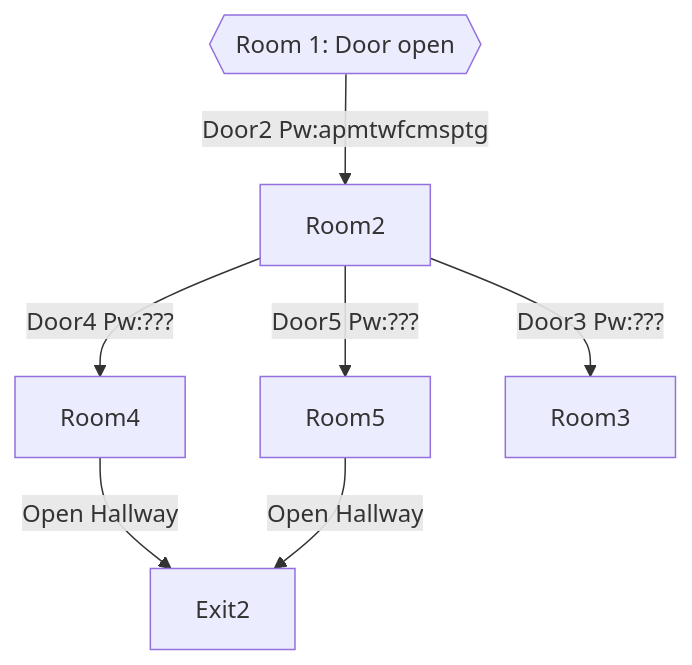
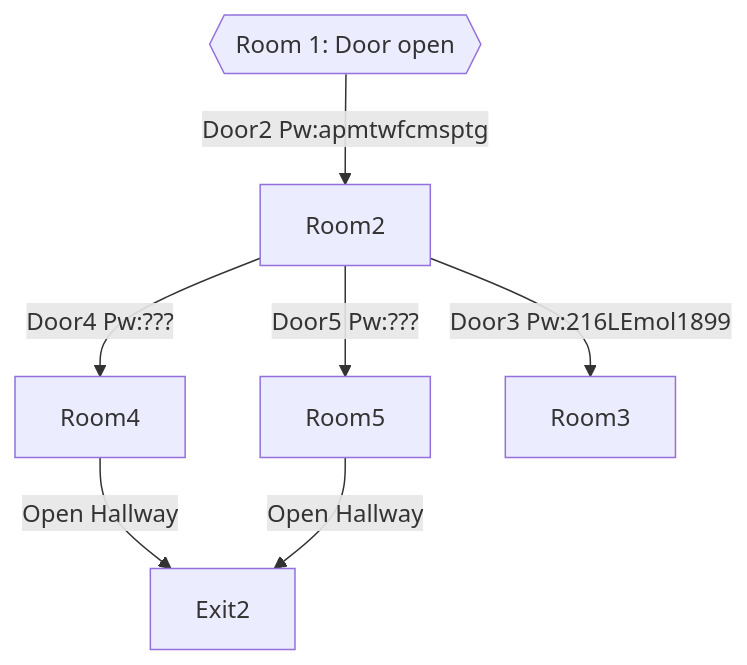
One commit to 3ncy/ARRS-s6 changed the diagram in Users/overseer_lr4.md. Above: the diagram before and after it, drawn with Mermaid. The commit also changed other lines of this file, not shown here.

````diff
--- a/Users/overseer_lr4.md
+++ b/Users/overseer_lr4.md
@@ -63,10 +64,10 @@
 ```mermaid
 graph TD;
 start{{Room 1: Door open}} --Door2 Pw:apmtwfcmsptg--> Room2
 Room2 --Door5 Pw:???--> Room5
 Room2 --Door4 Pw:???--> Room4
-Room2 --Door3 Pw:???--> Room3
+Room2 --Door3 Pw:216LEmol1899--> Room3
 Room4 --Open Hallway--> Exit2
 Room5 --Open Hallway--> Exit2
 
 ```
````
